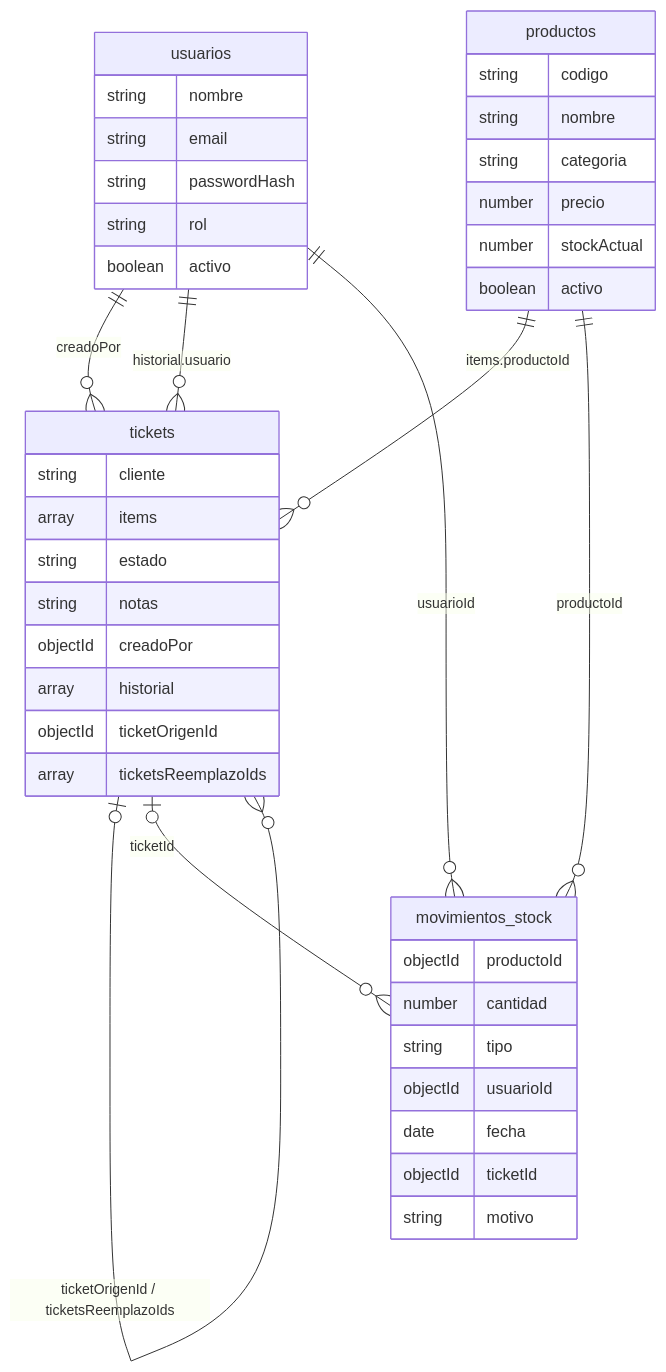
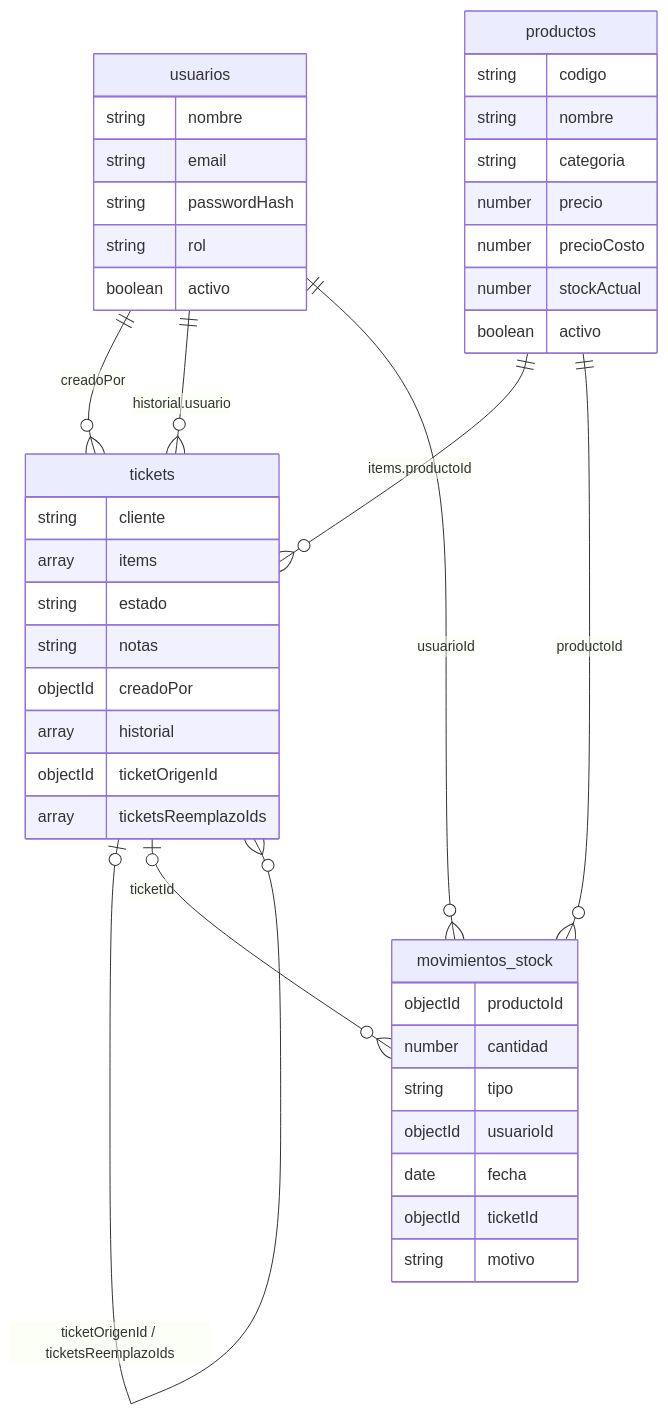
The second of 2 diagrams in docs/Majito_Esquema_Base_de_Datos_V2.md (Santir9515/majito), drawn with Mermaid before and after one commit. The commit also changed other lines of this file and 5 other files, not shown here.

Commit message:
docs: agregar precio de costo y los paneles de inventario y catálogo para Administración (RF-18, RF-19, RNF-09, CU-21)

````diff
--- a/docs/Majito_Esquema_Base_de_Datos_V2.md
+++ b/docs/Majito_Esquema_Base_de_Datos_V2.md
@@ -119,45 +120,46 @@
 ```mermaid
 erDiagram
     usuarios ||--o{ tickets : "creadoPor"
     usuarios ||--o{ tickets : "historial.usuario"
     productos ||--o{ tickets : "items.productoId"
     tickets |o--o{ tickets : "ticketOrigenId / ticketsReemplazoIds"
     productos ||--o{ movimientos_stock : "productoId"
     usuarios ||--o{ movimientos_stock : "usuarioId"
     tickets |o--o{ movimientos_stock : "ticketId"
 
     usuarios {
         string nombre
         string email
         string passwordHash
         string rol
         boolean activo
     }
     productos {
         string codigo
         string nombre
         string categoria
         number precio
+        number precioCosto
         number stockActual
         boolean activo
     }
     tickets {
         string cliente
         array items
         string estado
         string notas
         objectId creadoPor
         array historial
         objectId ticketOrigenId
         array ticketsReemplazoIds
     }
     movimientos_stock {
         objectId productoId
         number cantidad
         string tipo
         objectId usuarioId
         date fecha
         objectId ticketId
         string motivo
     }
 ```
````
